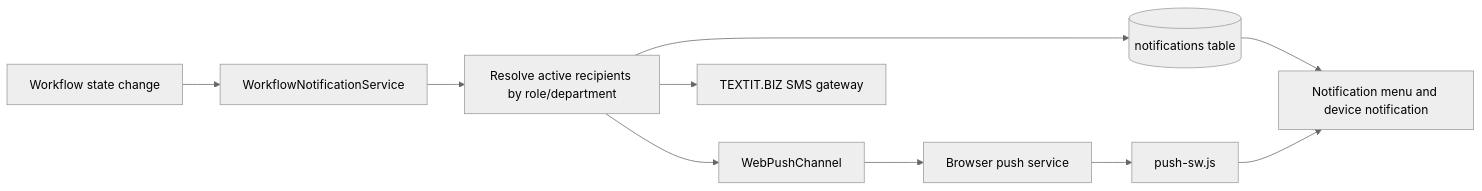
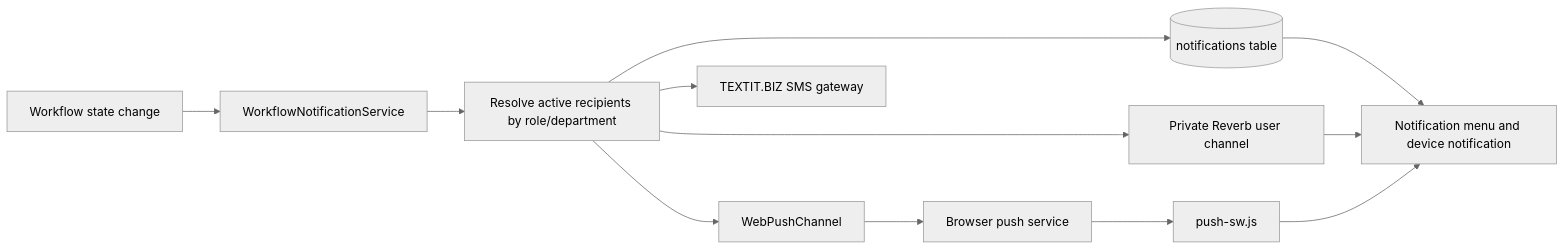
Before and after one commit to Chief-Ministry-Southern-Province/vehicle-management-system: the eighth of 11 diagrams in SYSTEM_ARCHITECTURE.md, drawn with Mermaid (neutral theme). The commit also changed other lines of this file and 25 other files, not shown here.

````diff
--- a/SYSTEM_ARCHITECTURE.md
+++ b/SYSTEM_ARCHITECTURE.md
@@ -708,17 +713,19 @@
 ```mermaid
 flowchart LR
     EVENT[Workflow state change]
     SERVICE[WorkflowNotificationService]
     USERS[Resolve active recipients by role/department]
     DB[(notifications table)]
+    REVERB[Private Reverb user channel]
     WP[WebPushChannel]
     PS[Browser push service]
     SMS[TEXTIT.BIZ SMS gateway]
     SW[push-sw.js]
     UI[Notification menu and device notification]
 
     EVENT --> SERVICE --> USERS
     USERS --> DB --> UI
+    USERS --> REVERB --> UI
     USERS --> WP --> PS --> SW --> UI
     USERS --> SMS
 ```
````
